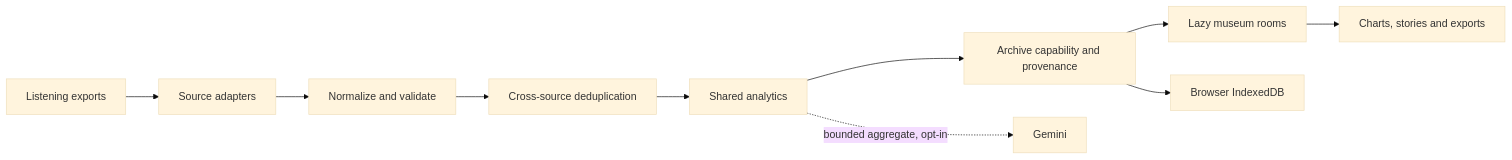
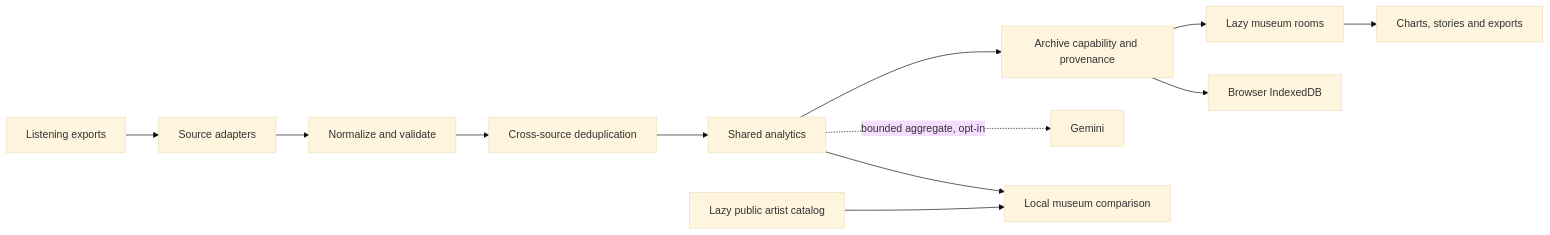
The diagram in README.md (LiriothTeltanion/NovaMusicLab), drawn with Mermaid (base theme) before and after one commit. The commit also changed other lines of this file and 71 other files, not shown here.

````diff
--- a/README.md
+++ b/README.md
@@ -213,12 +232,14 @@
 ```mermaid
 flowchart LR
     F["Listening exports"] --> P["Source adapters"]
     P --> N["Normalize and validate"]
     N --> D["Cross-source deduplication"]
     D --> A["Shared analytics"]
     A --> S["Archive capability and provenance"]
     S --> R["Lazy museum rooms"]
     R --> V["Charts, stories and exports"]
     S --> I["Browser IndexedDB"]
     A -. "bounded aggregate, opt-in" .-> G["Gemini"]
+    A --> C["Local museum comparison"]
+    K["Lazy public artist catalog"] --> C
 ```
````
